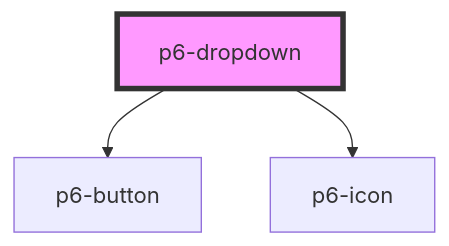
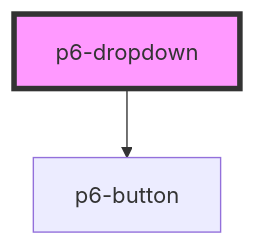
The diagram in src/components/molecules/p6-dropdown/readme.md (amalto/platform6-ui-components), drawn with Mermaid before and after one commit. The commit also changed other lines of this file and 131 other files, not shown here.

````diff
--- a/src/components/molecules/p6-dropdown/readme.md
+++ b/src/components/molecules/p6-dropdown/readme.md
@@ -14,6 +13,5 @@
 ```mermaid
 graph TD;
   p6-dropdown --> p6-button
-  p6-dropdown --> p6-icon
   style p6-dropdown fill:#f9f,stroke:#333,stroke-width:4px
 ```
````
